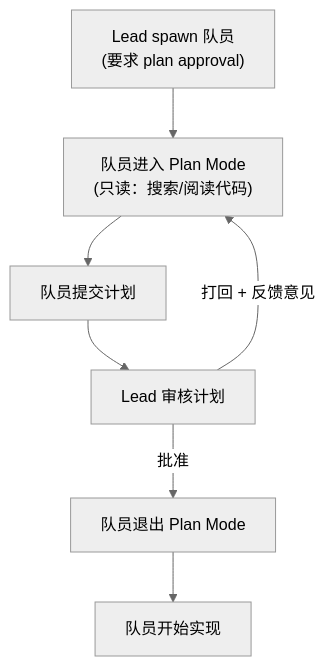
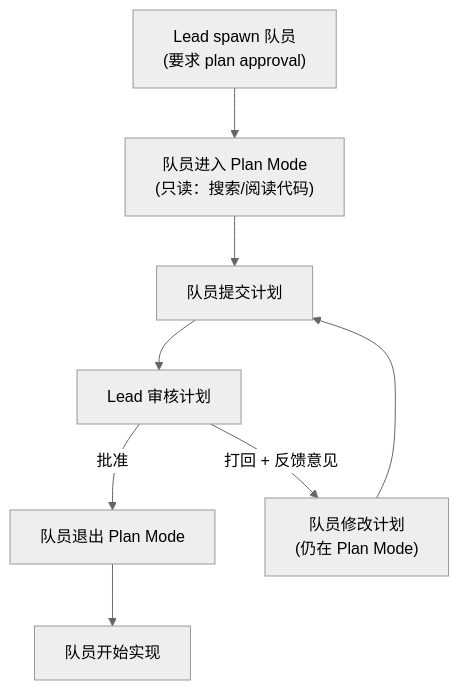
One commit to riba2534/blog changed the fifth of 6 diagrams in content/blog/2026/Claude-Code-Agent-Teams-多Agent协作的正确打开方式.md. Above: the diagram before and after it, drawn with Mermaid (neutral theme). The commit also changed other lines of this file, not shown here.

First line of the commit message:
docs: 更新多Agent协作流程图和序列图

````diff
--- a/content/blog/2026/Claude-Code-Agent-Teams-多Agent协作的正确打开方式.md
+++ b/content/blog/2026/Claude-Code-Agent-Teams-多Agent协作的正确打开方式.md
@@ -301,9 +304,10 @@
 ```mermaid
 flowchart TD
     A["Lead spawn 队员<br/>(要求 plan approval)"] --> B["队员进入 Plan Mode<br/>(只读：搜索/阅读代码)"]
     B --> C["队员提交计划"]
     C --> D["Lead 审核计划"]
     D -->|批准| E["队员退出 Plan Mode"]
     E --> F["队员开始实现"]
-    D -->|打回 + 反馈意见| B
+    D -->|打回 + 反馈意见| G["队员修改计划<br/>(仍在 Plan Mode)"]
+    G --> C
 ```
````
